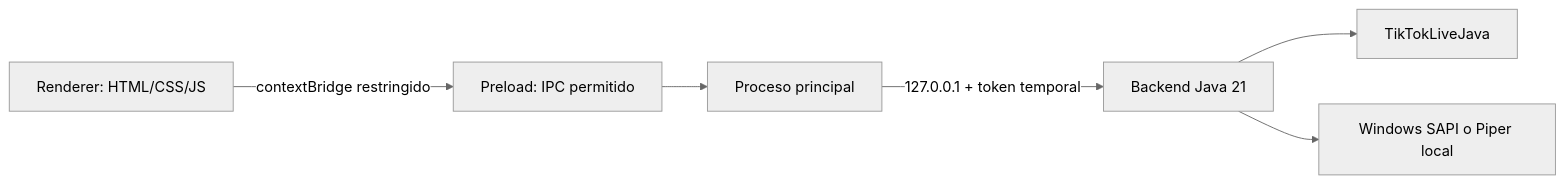
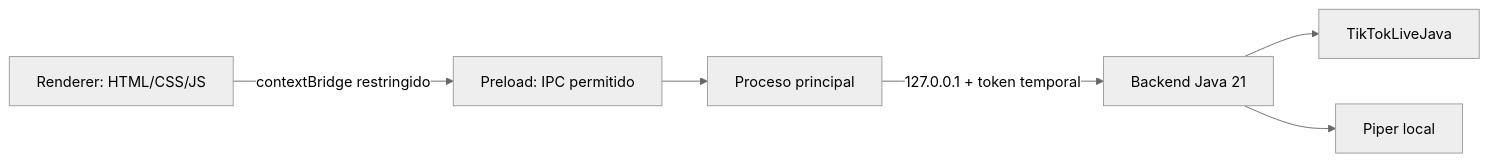
One commit to zero780/live-chat-tts changed the diagram in frontend/README.es.md. Above: the diagram before and after it, drawn with Mermaid (neutral theme). The commit also changed other lines of this file and 21 other files, not shown here.

````diff
--- a/frontend/README.es.md
+++ b/frontend/README.es.md
@@ -17,8 +17,8 @@
 ```mermaid
 graph LR
   R[Renderer: HTML/CSS/JS] -->|contextBridge restringido| P[Preload: IPC permitido]
   P --> M[Proceso principal]
   M -->|127.0.0.1 + token temporal| J[Backend Java 21]
   J --> T[TikTokLiveJava]
-  J --> S[Windows SAPI o Piper local]
+  J --> S[Piper local]
 ```
````
